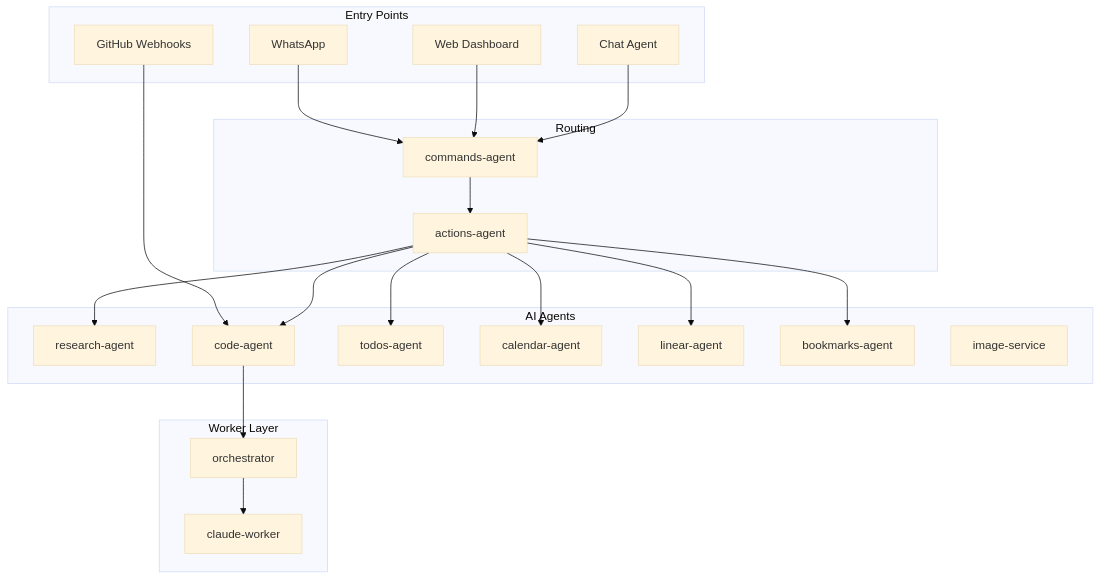
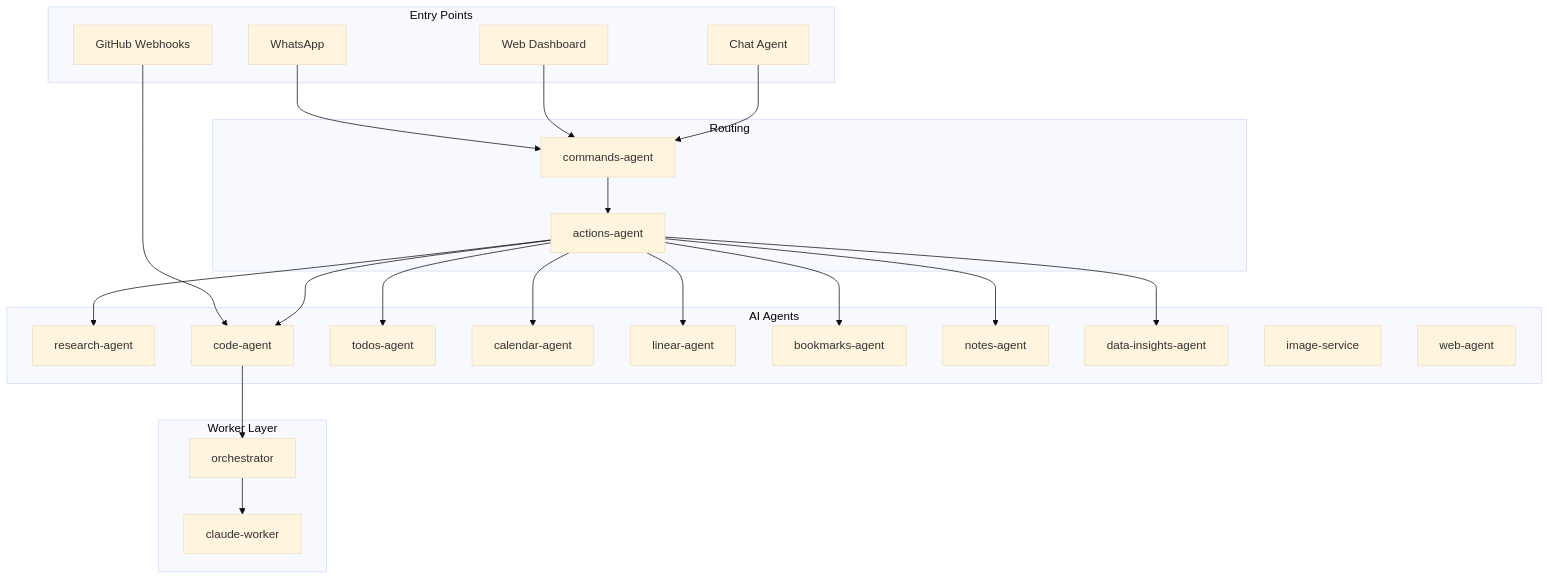
One commit to pbuchman/intexuraos changed the third of 3 diagrams in README.md. Above: the diagram before and after it, drawn with Mermaid (base theme). The commit also changed other lines of this file and 2 other files, not shown here.

````diff
--- a/README.md
+++ b/README.md
@@ -157,34 +151,37 @@
 ```mermaid
 graph TD
     subgraph "Entry Points"
         WA3[WhatsApp]
         WEB3[Web Dashboard]
         CHAT[Chat Agent]
         GH[GitHub Webhooks]
     end
 
     subgraph "Routing"
         CMD3[commands-agent]
         ACT[actions-agent]
     end
 
     subgraph "AI Agents"
         RES[research-agent]
         CODE3[code-agent]
         TODO[todos-agent]
         CAL[calendar-agent]
         LIN3[linear-agent]
         BOOK[bookmarks-agent]
+        NOTE[notes-agent]
+        DATA[data-insights-agent]
         IMG[image-service]
+        WEBAG[web-agent]
     end
 
     subgraph "Worker Layer"
         ORCH3[orchestrator]
         CW3[claude-worker]
     end
 
     WA3 & WEB3 & CHAT --> CMD3 --> ACT
     GH --> CODE3
-    ACT --> RES & CODE3 & TODO & CAL & LIN3 & BOOK
+    ACT --> RES & CODE3 & TODO & CAL & LIN3 & BOOK & NOTE & DATA
     CODE3 --> ORCH3 --> CW3
 ```
````
